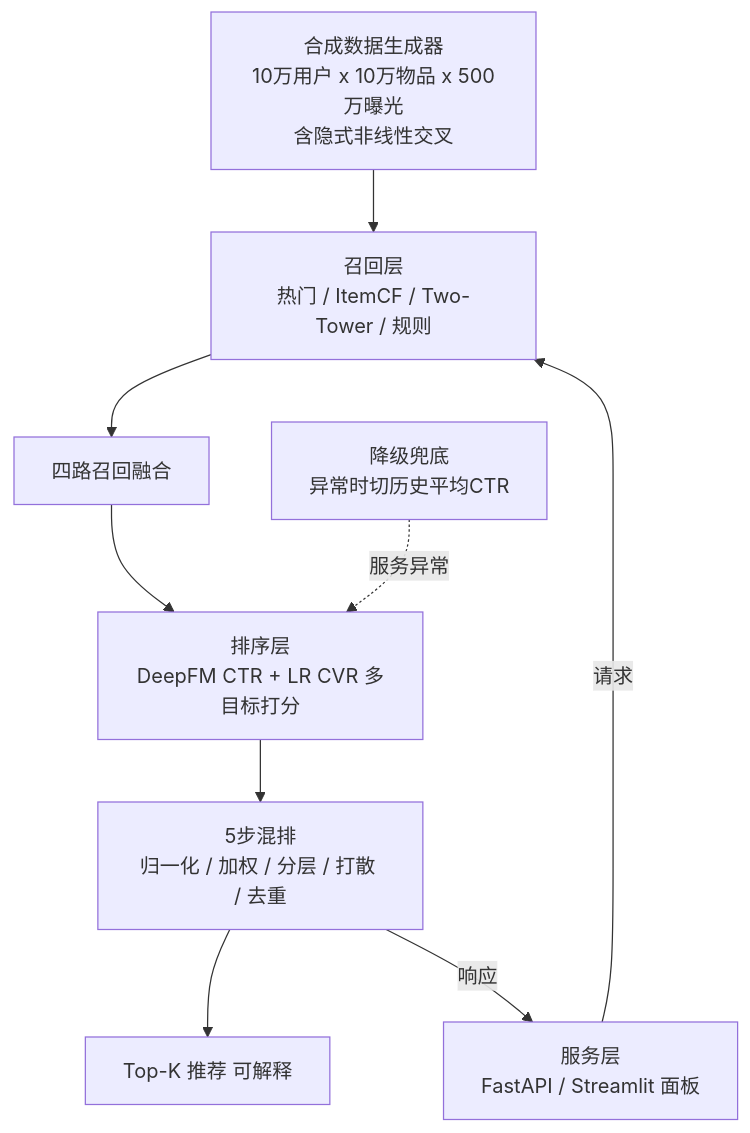
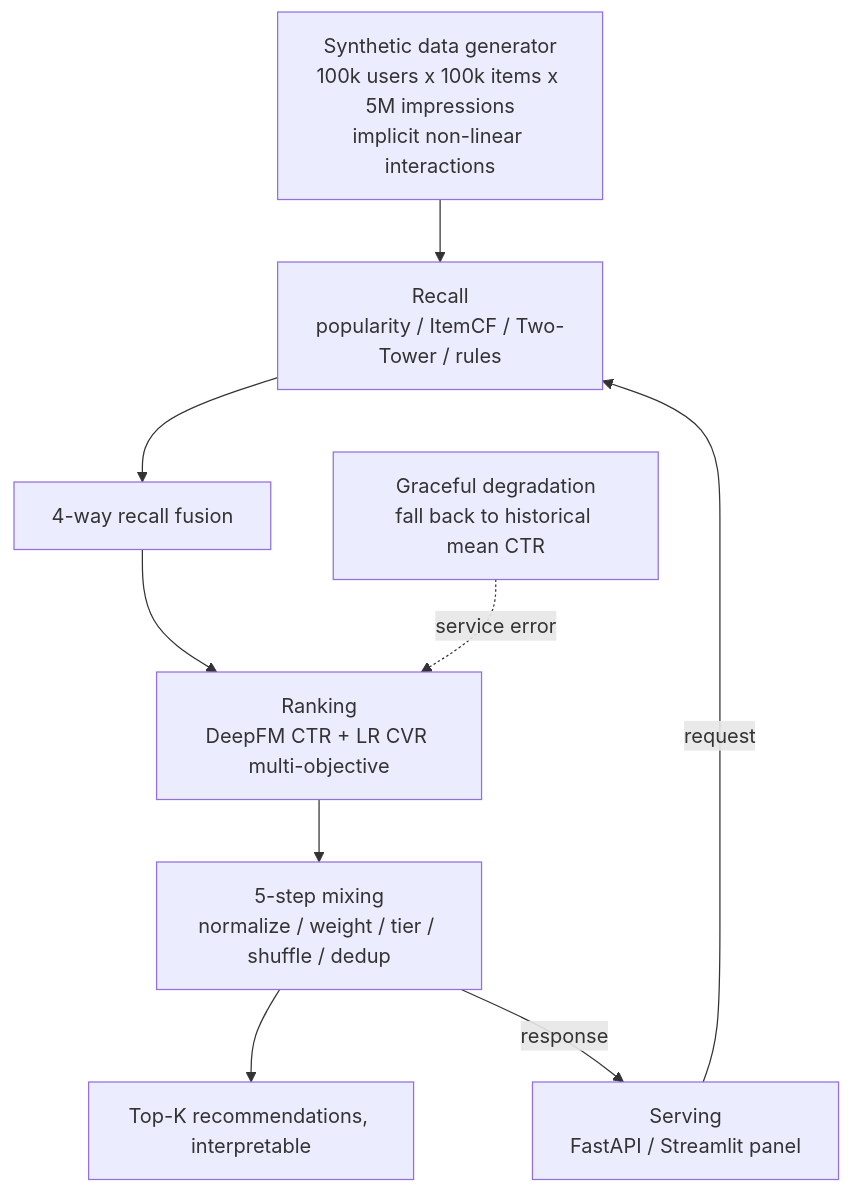
The diagram in README.md (Elijah-Lin-Dancer/AeroRec), drawn with Mermaid before and after one commit. The commit also changed other lines of this file and 3 other files, not shown here.

````diff
--- a/README.md
+++ b/README.md
@@ -102,20 +72,20 @@
 ```mermaid
 flowchart TB
-    GEN["合成数据生成器<br/>10万用户 x 10万物品 x 500万曝光<br/>含隐式非线性交叉"]
-    REC["召回层<br/>热门 / ItemCF / Two-Tower / 规则"]
-    FUS["四路召回融合"]
-    RANK["排序层<br/>DeepFM CTR + LR CVR 多目标打分"]
-    MIX["5步混排<br/>归一化 / 加权 / 分层 / 打散 / 去重"]
-    DEG["降级兜底<br/>异常时切历史平均CTR"]
-    SVC["服务层<br/>FastAPI / Streamlit 面板"]
-    OUT["Top-K 推荐 可解释"]
+    GEN["Synthetic data generator<br/>100k users x 100k items x 5M impressions<br/>implicit non-linear interactions"]
+    REC["Recall<br/>popularity / ItemCF / Two-Tower / rules"]
+    FUS["4-way recall fusion"]
+    RANK["Ranking<br/>DeepFM CTR + LR CVR multi-objective"]
+    MIX["5-step mixing<br/>normalize / weight / tier / shuffle / dedup"]
+    DEG["Graceful degradation<br/>fall back to historical mean CTR"]
+    SVC["Serving<br/>FastAPI / Streamlit panel"]
+    OUT["Top-K recommendations, interpretable"]
 
     GEN --> REC
     REC --> FUS
     FUS --> RANK
     RANK --> MIX
     MIX --> OUT
-    DEG -. 服务异常 .-> RANK
-    SVC -- 请求 --> REC
-    MIX -- 响应 --> SVC
+    DEG -. service error .-> RANK
+    SVC -- request --> REC
+    MIX -- response --> SVC
 ```
````
